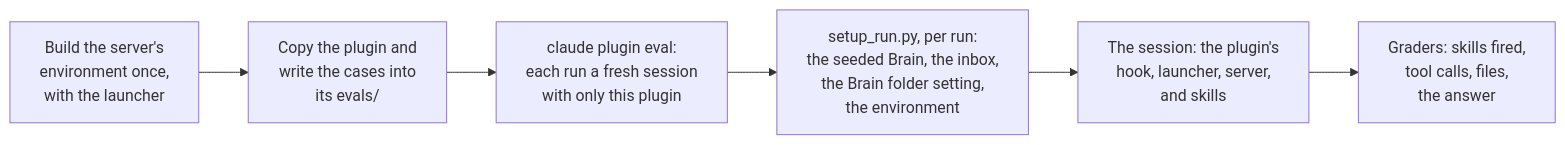
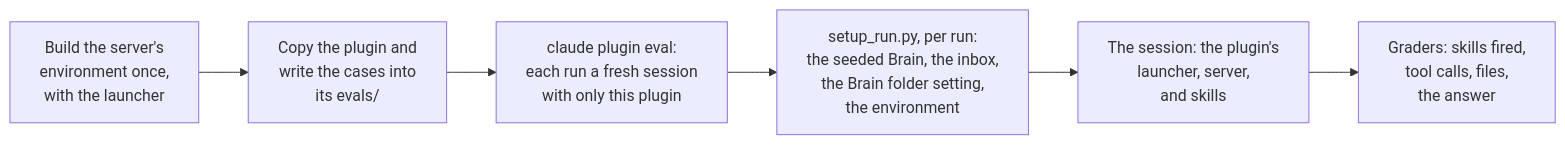
Before and after one commit to Velrea/AI.Brain: the diagram in docs/evals.md, drawn with Mermaid. The commit also changed other lines of this file and 36 other files, not shown here.

````diff
--- a/docs/evals.md
+++ b/docs/evals.md
@@ -36,8 +36,8 @@
 ```mermaid
 flowchart LR
     prepare["Build the server's<br/>environment once,<br/>with the launcher"] --> assemble["Copy the plugin and<br/>write the cases into<br/>its evals/"]
     assemble --> eval["claude plugin eval:<br/>each run a fresh session<br/>with only this plugin"]
     eval --> setup["setup_run.py, per run:<br/>the seeded Brain, the inbox,<br/>the Brain folder setting,<br/>the environment"]
-    setup --> session["The session: the plugin's<br/>hook, launcher, server,<br/>and skills"]
+    setup --> session["The session: the plugin's<br/>launcher, server,<br/>and skills"]
     session --> grade["Graders: skills fired,<br/>tool calls, files,<br/>the answer"]
 ```
````
